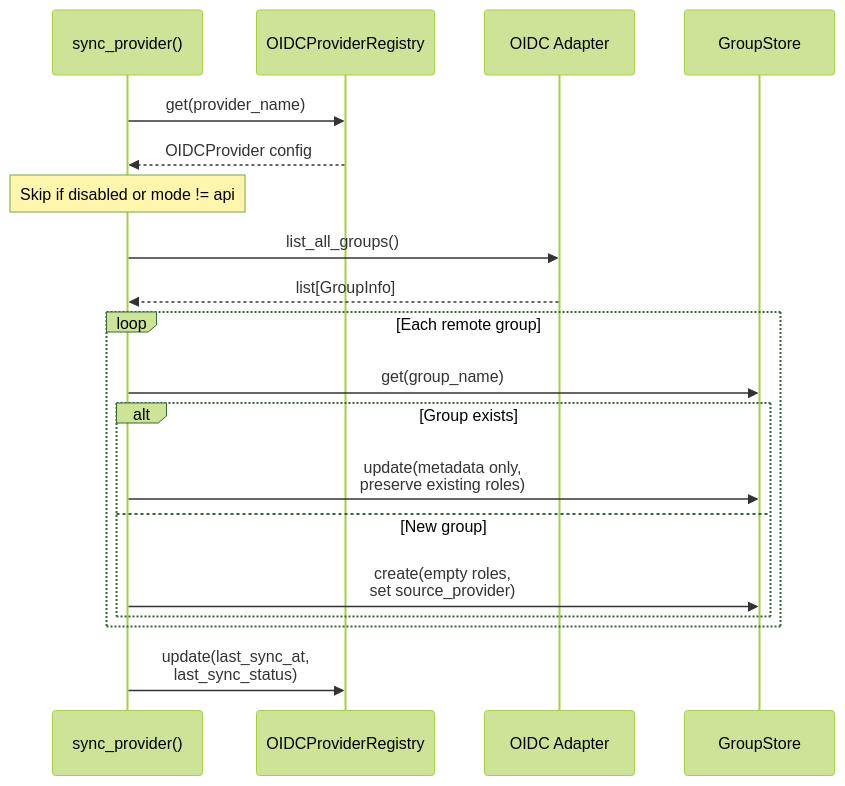
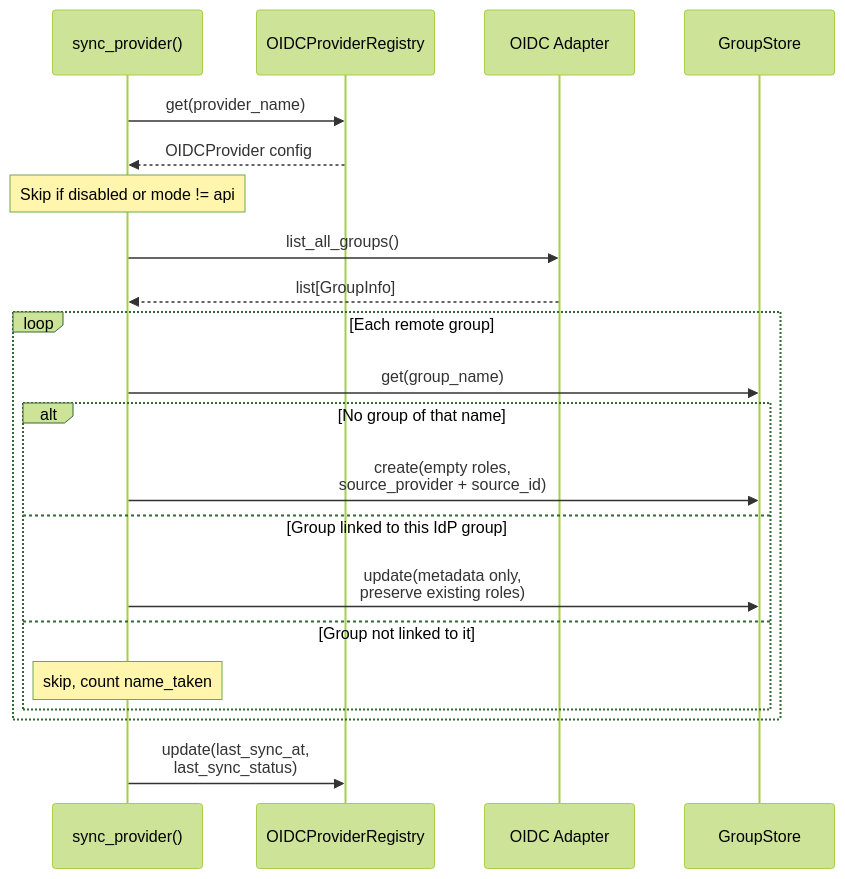
Before and after one commit to hyperi-io/dfe-engine: the seventh of 11 diagrams in docs/control-plane/rbac.md, drawn with Mermaid (forest theme). The commit also changed other lines of this file and 9 other files, not shown here.

First line of the commit message:
fix(auth): an IdP group no longer takes a local group by name

````diff
--- a/docs/control-plane/rbac.md
+++ b/docs/control-plane/rbac.md
@@ -582,25 +582,27 @@
 ```mermaid
 sequenceDiagram
     participant Sync as sync_provider()
     participant Reg as OIDCProviderRegistry
     participant Adapter as OIDC Adapter
     participant GS as GroupStore
 
     Sync->>Reg: get(provider_name)
     Reg-->>Sync: OIDCProvider config
     Note over Sync: Skip if disabled or mode != api
 
     Sync->>Adapter: list_all_groups()
     Adapter-->>Sync: list[GroupInfo]
 
     loop Each remote group
         Sync->>GS: get(group_name)
-        alt Group exists
+        alt No group of that name
+            Sync->>GS: create(empty roles,<br/>source_provider + source_id)
+        else Group linked to this IdP group
             Sync->>GS: update(metadata only,<br/>preserve existing roles)
-        else New group
-            Sync->>GS: create(empty roles,<br/>set source_provider)
+        else Group not linked to it
+            Note over Sync: skip, count name_taken
         end
     end
 
     Sync->>Reg: update(last_sync_at,<br/>last_sync_status)
 ```
````
